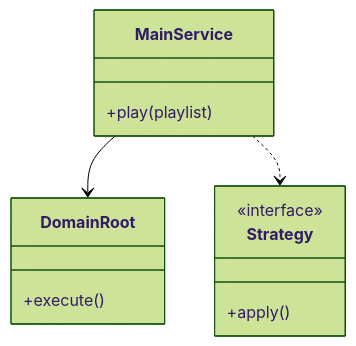
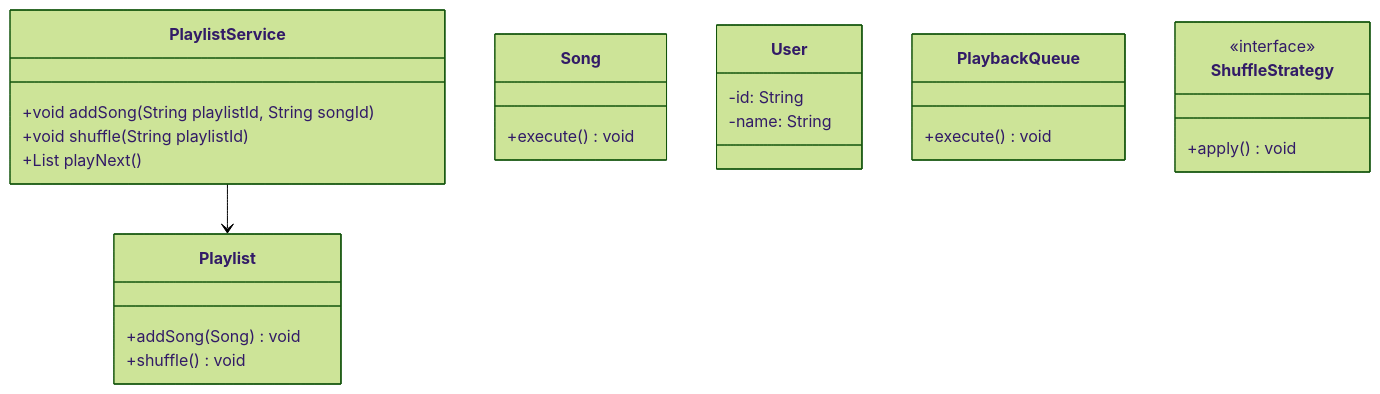
The first of 3 diagrams in Learn/System Design - Low Level Design/02-classic-ood/questions/Q42-playlist-manager.md (madhupaila/Interview-Prep-SSE), drawn with Mermaid (forest theme) before and after one commit. The commit also changed other lines of this file and 491 other files, not shown here.

````diff
--- a/Learn/System Design - Low Level Design/02-classic-ood/questions/Q42-playlist-manager.md
+++ b/Learn/System Design - Low Level Design/02-classic-ood/questions/Q42-playlist-manager.md
@@ -75,15 +89,27 @@
 ```mermaid
 classDiagram
-    class MainService {
-        +play(playlist)
+    class PlaylistService {
+        +void addSong(String playlistId, String songId)
+        +void shuffle(String playlistId)
+        +List<Song> playNext()
     }
-    class DomainRoot {
-        +execute()
+    class Playlist {
+        +addSong(Song) void
+        +shuffle() void
     }
-    class Strategy {
+    class Song {
+        +execute() void
+    }
+    class User {
+        -id: String
+        -name: String
+    }
+    class PlaybackQueue {
+        +execute() void
+    }
+    class ShuffleStrategy {
         <<interface>>
-        +apply()
+        +apply() void
     }
-    MainService --> DomainRoot
-    MainService ..> Strategy
+    PlaylistService --> Playlist
 ```
````
